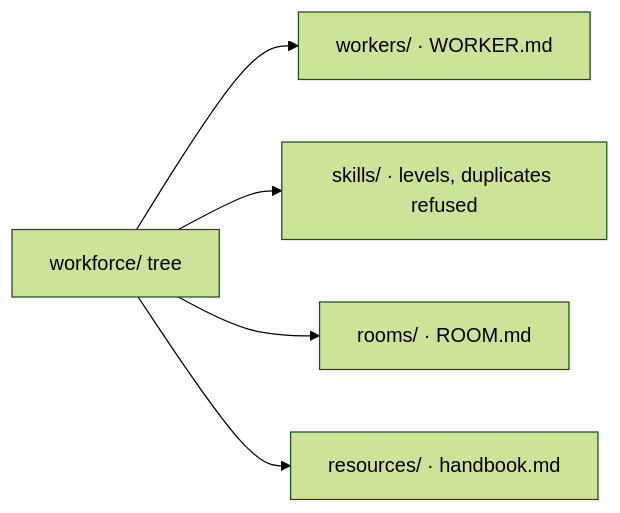
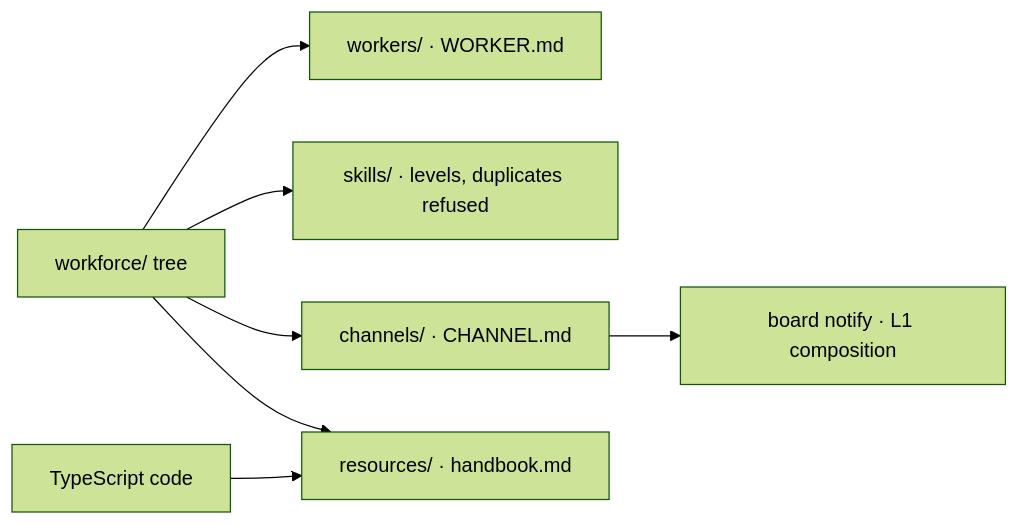
Before and after one commit to fixpoint-labs/flow-state-dev: the second of 3 diagrams in spec/_epics/file-convention-surface.explainer.md, drawn with Mermaid (forest theme). The commit also changed other lines of this file and 1 other file, not shown here.

First line of the commit message:
spec(epic): the board door joins the floor, and a room is a channel (FIX-1351)

````diff
--- a/spec/_epics/file-convention-surface.explainer.md
+++ b/spec/_epics/file-convention-surface.explainer.md
@@ -29,7 +31,9 @@
 ```mermaid
 flowchart LR
   TREE["workforce/ tree"] --> W["workers/ · WORKER.md"]
   TREE --> SK["skills/ · levels, duplicates refused"]
-  TREE --> R["rooms/ · ROOM.md"]
+  TREE --> CH["channels/ · CHANNEL.md"]
   TREE --> RES["resources/ · handbook.md"]
+  CODE["TypeScript code"] --> RES
+  CH --> BOARD["board notify · L1 composition"]
 ```
````
